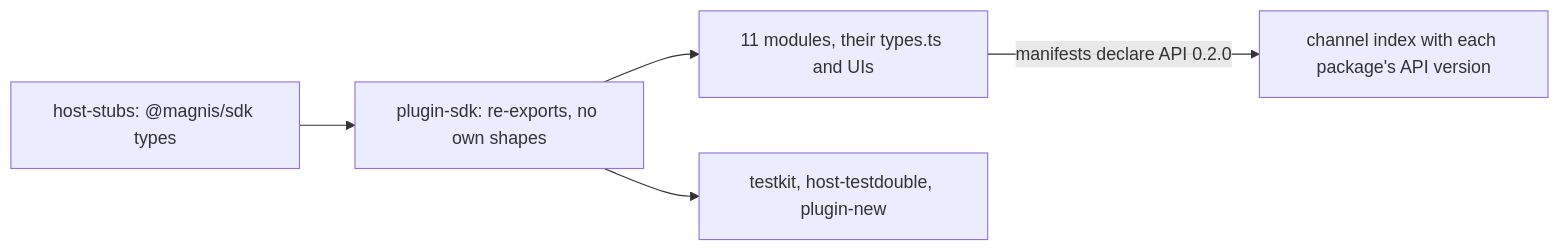
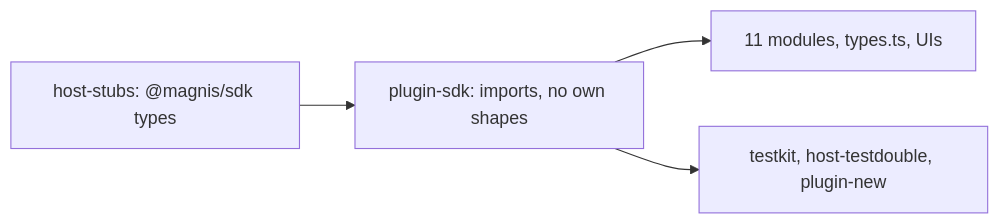
The diagram in docs/plans/entity-one-type.md (0xmikko/magnis), drawn with Mermaid before and after one commit. The commit also changed other lines of this file, not shown here.

````diff
--- a/docs/plans/entity-one-type.md
+++ b/docs/plans/entity-one-type.md
@@ -36,7 +39,6 @@
 ```mermaid
 flowchart LR
-    STUBS["host-stubs: @magnis/sdk types"] --> PSDK[plugin-sdk: re-exports, no own shapes]
-    PSDK --> MODS[11 modules, their types.ts and UIs]
+    STUBS["host-stubs: @magnis/sdk types"] --> PSDK[plugin-sdk: imports, no own shapes]
+    PSDK --> MODS[11 modules, types.ts, UIs]
     PSDK --> TK[testkit, host-testdouble, plugin-new]
-    MODS -->|manifests declare API 0.2.0| IDX[channel index with each package's API version]
 ```
````
